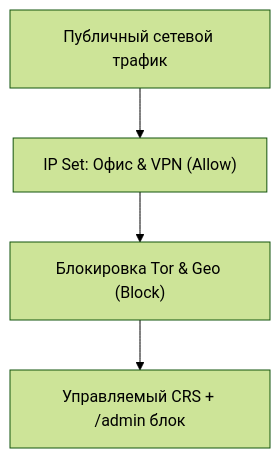
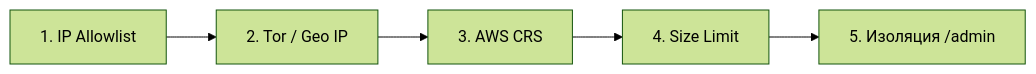
The diagram in diagrams/10-noob-perimeter-stack.mmd (y-kolyada/aws-waf), drawn with Mermaid (forest theme) before and after one commit. The commit also changed 35 other files, not shown here.

```diff
--- a/diagrams/10-noob-perimeter-stack.mmd
+++ b/diagrams/10-noob-perimeter-stack.mmd
@@ -1,4 +1,5 @@
-flowchart TD
-    Traffic["Публичный сетевой трафик"] --> P0["IP Set: Офис & VPN (Allow)"]
-    P0 --> Tor["Блокировка Tor & Geo (Block)"]
-    Tor --> CRS["Управляемый CRS + /admin блок"]
+flowchart LR
+    S1["1. IP Allowlist"] --> S2["2. Tor / Geo IP"]
+    S2 --> S3["3. AWS CRS"]
+    S3 --> S4["4. Size Limit"]
+    S4 --> Goal["5. Изоляция /admin"]
```
